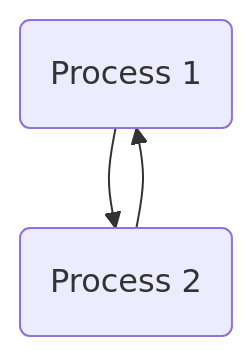
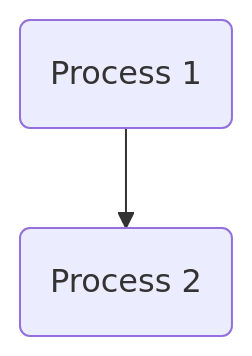
One commit to pingpm/mermaid_vault changed the diagram in mmd/Untitled_800ffbc8-3c2b-4152-9bdc-32dce19fe565.mmd. Above: the diagram before and after it, drawn with Mermaid. The commit also changed 3 other files, not shown here.

Commit message:
Sync Mermaid Studio data (43 diagrams)

```diff
--- a/mmd/Untitled_800ffbc8-3c2b-4152-9bdc-32dce19fe565.mmd
+++ b/mmd/Untitled_800ffbc8-3c2b-4152-9bdc-32dce19fe565.mmd
@@ -1,5 +1,4 @@
 flowchart TD
   n_0("Process 1")
   n_1("Process 2")
   n_0 --> n_1
-  n_1 --> n_0
```
